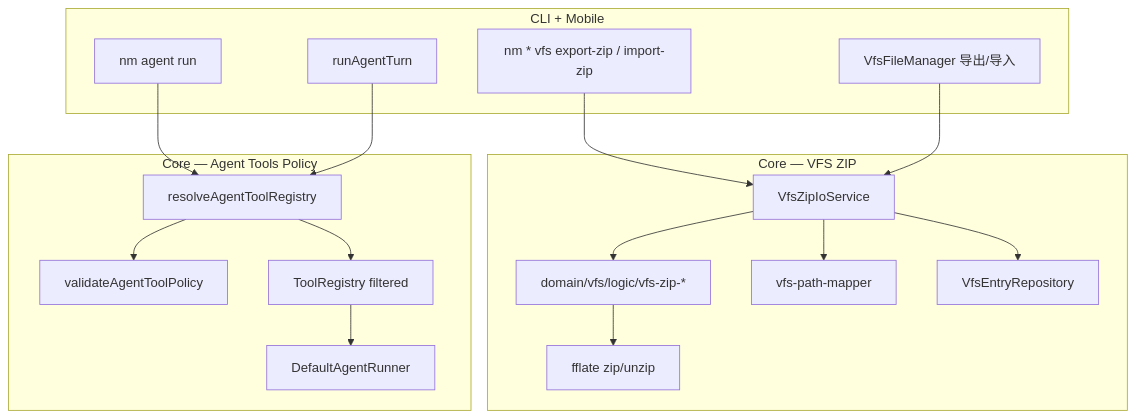
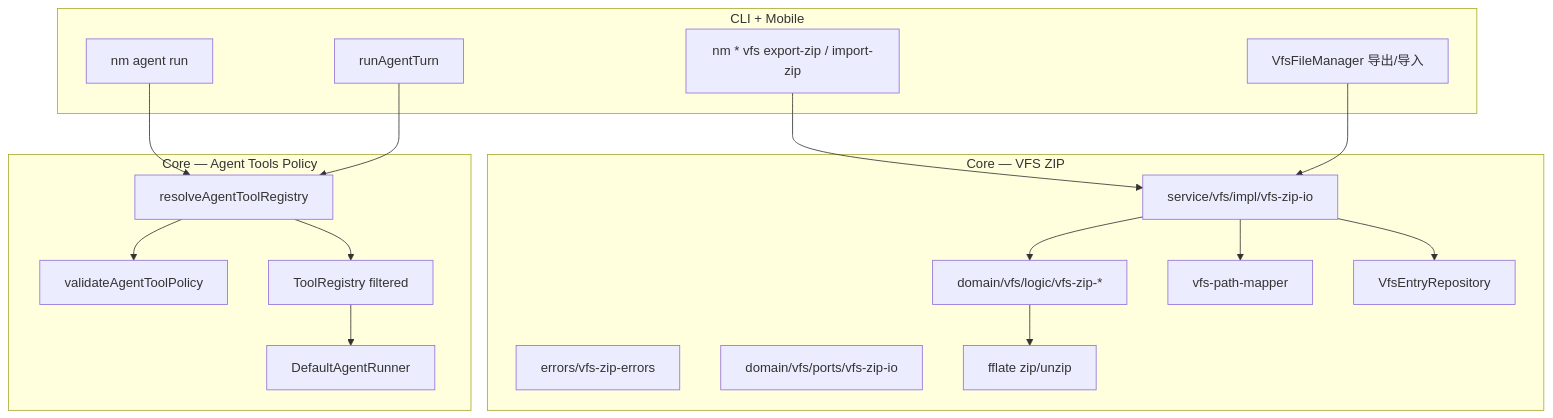
The diagram in .apm/kb/docs/Iterations/vfs-zip-io-agent-tool-policy/spec.md (bloodycrownD/novel-master), drawn with Mermaid before and after one commit. The commit also changed other lines of this file, not shown here.

Commit message:
docs(kb): align vfs-zip-io spec with core package structure

````diff
--- a/.apm/kb/docs/Iterations/vfs-zip-io-agent-tool-policy/spec.md
+++ b/.apm/kb/docs/Iterations/vfs-zip-io-agent-tool-policy/spec.md
@@ -44,37 +45,39 @@
 ```mermaid
 flowchart TB
   subgraph hosts [CLI + Mobile]
     CLI["nm * vfs export-zip / import-zip"]
     MOB["VfsFileManager 导出/导入"]
     AG_CLI["nm agent run"]
     AG_MOB["runAgentTurn"]
   end
 
   subgraph core_vfs [Core — VFS ZIP]
+    ZIP_ERR["errors/vfs-zip-errors"]
     ZIP_LOGIC["domain/vfs/logic/vfs-zip-*"]
-    ZIP_SVC["VfsZipIoService"]
+    ZIP_PORT["domain/vfs/ports/vfs-zip-io"]
+    ZIP_SVC["service/vfs/impl/vfs-zip-io"]
     MAPPER["vfs-path-mapper"]
     REPO["VfsEntryRepository"]
     FF["fflate zip/unzip"]
   end
 
   subgraph core_agent [Core — Agent Tools Policy]
     POL["resolveAgentToolRegistry"]
     VAL["validateAgentToolPolicy"]
     REG["ToolRegistry filtered"]
     RUN["DefaultAgentRunner"]
   end
 
   CLI --> ZIP_SVC
   MOB --> ZIP_SVC
   ZIP_SVC --> ZIP_LOGIC
   ZIP_SVC --> MAPPER
   ZIP_SVC --> REPO
   ZIP_LOGIC --> FF
 
   AG_CLI --> POL
   AG_MOB --> POL
   POL --> VAL
   POL --> REG
   REG --> RUN
 ```
````
